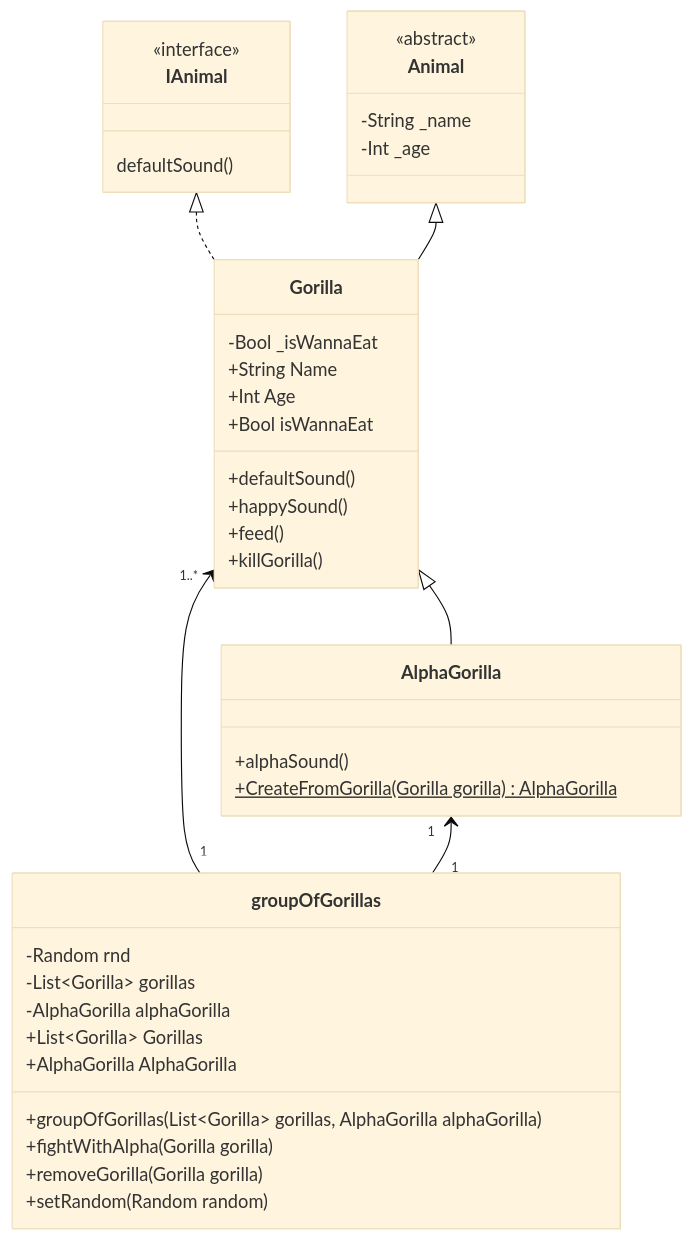
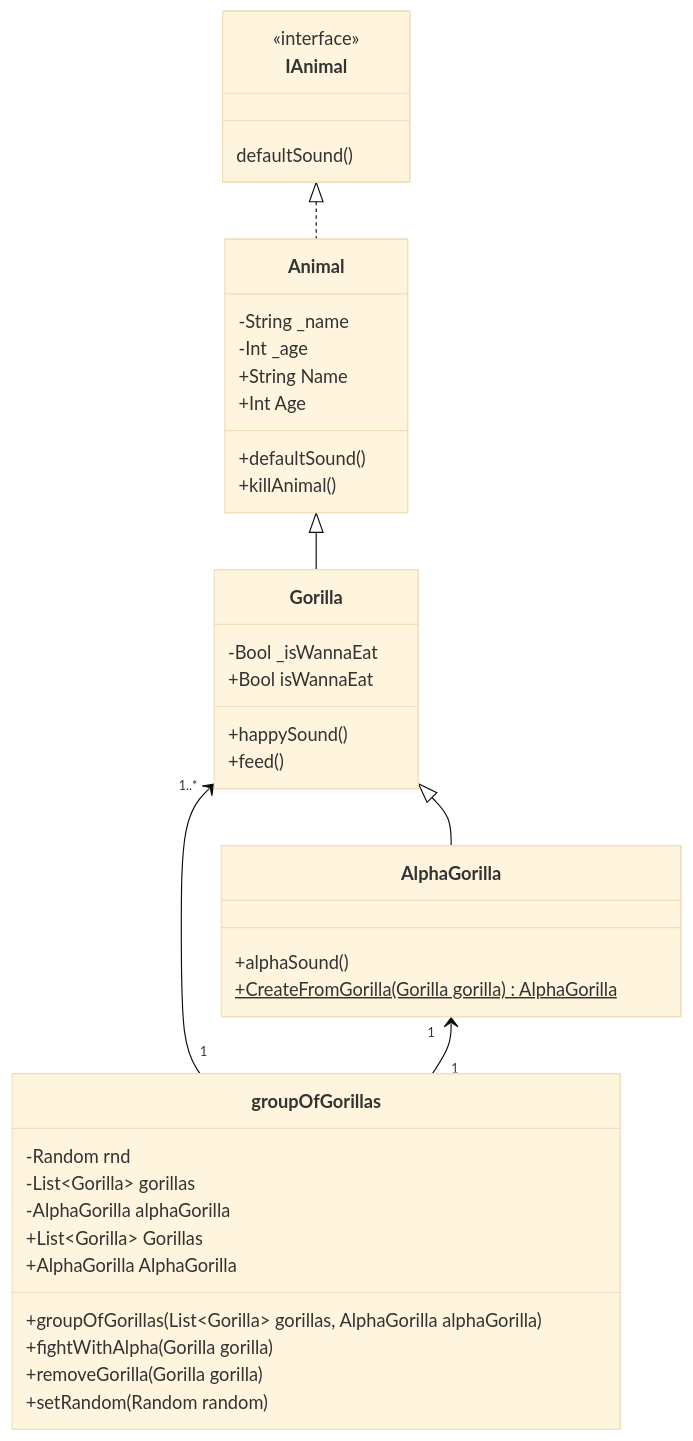
The diagram in README.md (aaanswer/NUnitTest), drawn with Mermaid (base theme) before and after one commit. The commit also changed other lines of this file, not shown here.

````diff
--- a/README.md
+++ b/README.md
@@ -1,47 +1,47 @@
 ```mermaid
 classDiagram
     class IAnimal {
         <<interface>>
         defaultSound()
     }
     
     class Animal {
-        <<abstract>>
         -String _name
         -Int _age
+        +String Name
+        +Int Age
+        +defaultSound()
+        +killAnimal()
     }
     
     class Gorilla {
         -Bool _isWannaEat
-        +String Name
-        +Int Age
         +Bool isWannaEat
-        +defaultSound()
         +happySound()
         +feed()
-        +killGorilla()
+
     }
     
     class AlphaGorilla {
         +alphaSound()
         +CreateFromGorilla(Gorilla gorilla)AlphaGorilla$
     }
     
     class groupOfGorillas {
         -Random rnd
         -List~Gorilla~ gorillas
         -AlphaGorilla alphaGorilla
         +List~Gorilla~ Gorillas
         +AlphaGorilla AlphaGorilla
         +groupOfGorillas(List~Gorilla~ gorillas, AlphaGorilla alphaGorilla)
         +fightWithAlpha(Gorilla gorilla)
         +removeGorilla(Gorilla gorilla)
         +setRandom(Random random)
     }
     
-    IAnimal <|.. Gorilla
+    IAnimal <|.. Animal
     Animal <|-- Gorilla
     Gorilla <|-- AlphaGorilla
     Gorilla "1..*" <-- "1" groupOfGorillas
     AlphaGorilla "1" <-- "1" groupOfGorillas
 ```
````
